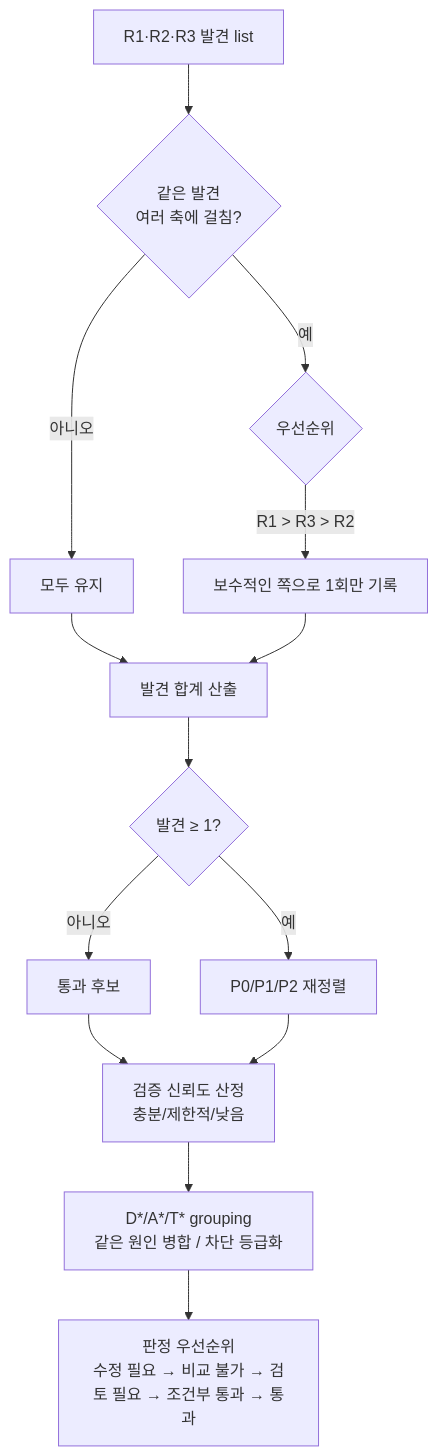
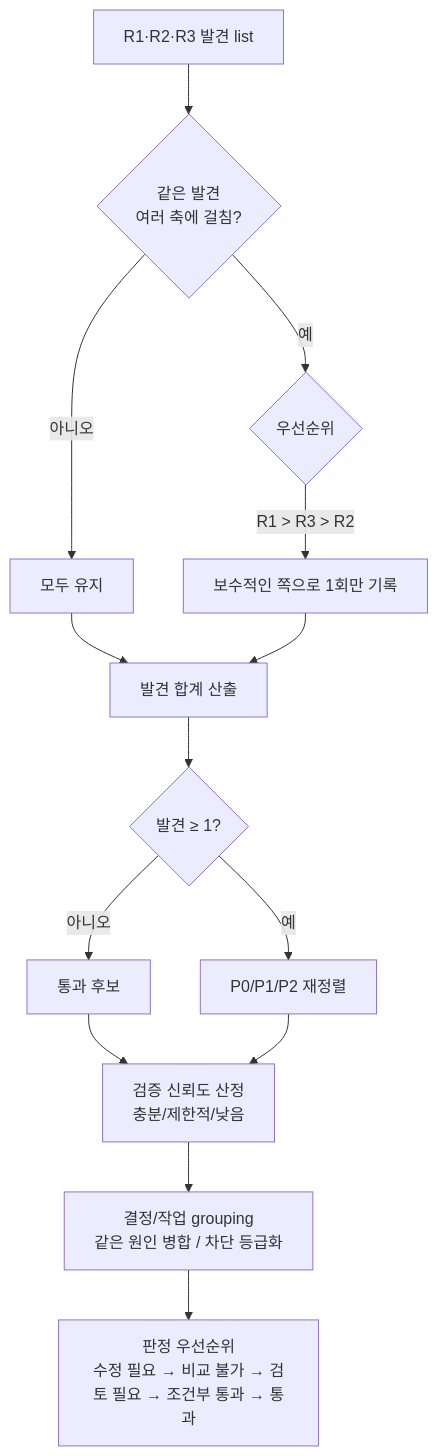
Before and after one commit to inkwonjung-colosseum/plugins: the fifth of 8 diagrams in planning-kit/docs/planning-review-workflow.md, drawn with Mermaid. The commit also changed other lines of this file and 19 other files, not shown here.

````diff
--- a/planning-kit/docs/planning-review-workflow.md
+++ b/planning-kit/docs/planning-review-workflow.md
@@ -150,17 +150,17 @@
 ```mermaid
 flowchart TD
   ALL[R1·R2·R3 발견 list] --> DUP{같은 발견<br/>여러 축에 걸침?}
   DUP -->|예| PR{우선순위}
   DUP -->|아니오| KEEP[모두 유지]
 
   PR -->|R1 > R3 > R2| KEEP1[보수적인 쪽으로 1회만 기록]
   KEEP --> SUM[발견 합계 산출]
   KEEP1 --> SUM
   SUM --> RES{발견 ≥ 1?}
   RES -->|아니오| PASS[통과 후보]
   RES -->|예| FND[P0/P1/P2 재정렬]
   PASS --> V["검증 신뢰도 산정<br/>충분/제한적/낮음"]
   FND --> V
-  V --> G["D*/A*/T* grouping<br/>같은 원인 병합 / 차단 등급화"]
+  V --> G["결정/작업 grouping<br/>같은 원인 병합 / 차단 등급화"]
   G --> J["판정 우선순위<br/>수정 필요 → 비교 불가 → 검토 필요 → 조건부 통과 → 통과"]
 ```
````
